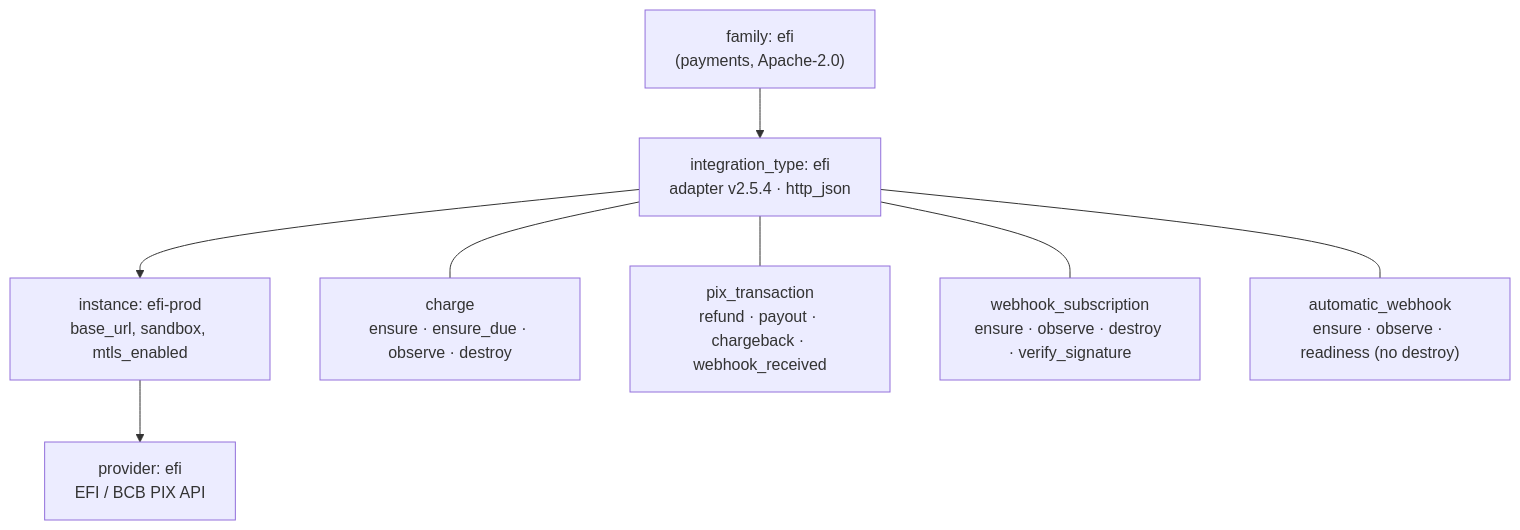
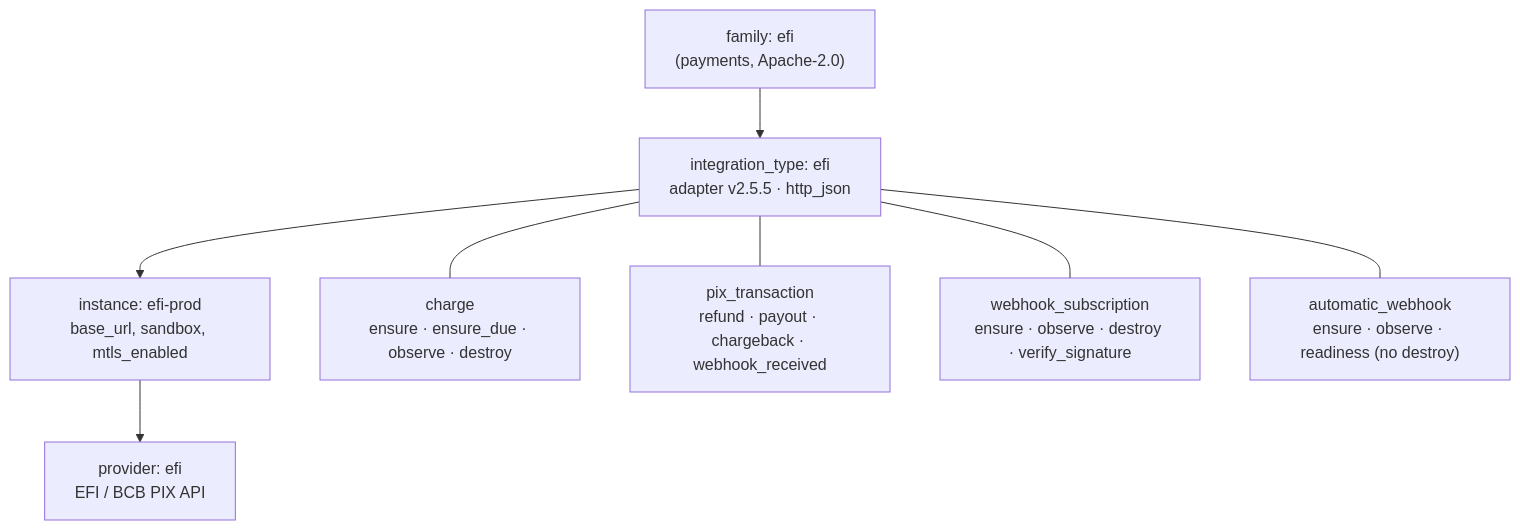
The second of 3 diagrams in README.md (dakasa-yggdrasil/integration-efi), drawn with Mermaid before and after one commit. The commit also changed other lines of this file and 12 other files, not shown here.

````diff
--- a/README.md
+++ b/README.md
@@ -73,13 +73,13 @@
 ```mermaid
 flowchart TD
   fam["family: efi<br/>(payments, Apache-2.0)"]
-  typ["integration_type: efi<br/>adapter v2.5.4 · http_json"]
+  typ["integration_type: efi<br/>adapter v2.5.5 · http_json"]
   inst["instance: efi-prod<br/>base_url, sandbox, mtls_enabled"]
   prov["provider: efi<br/>EFI / BCB PIX API"]
   fam --> typ --> inst --> prov
 
   typ --- rt1["charge<br/>ensure · ensure_due · observe · destroy"]
   typ --- rt2["pix_transaction<br/>refund · payout · chargeback · webhook_received"]
   typ --- rt3["webhook_subscription<br/>ensure · observe · destroy · verify_signature"]
   typ --- rt4["automatic_webhook<br/>ensure · observe · readiness (no destroy)"]
 ```
````
